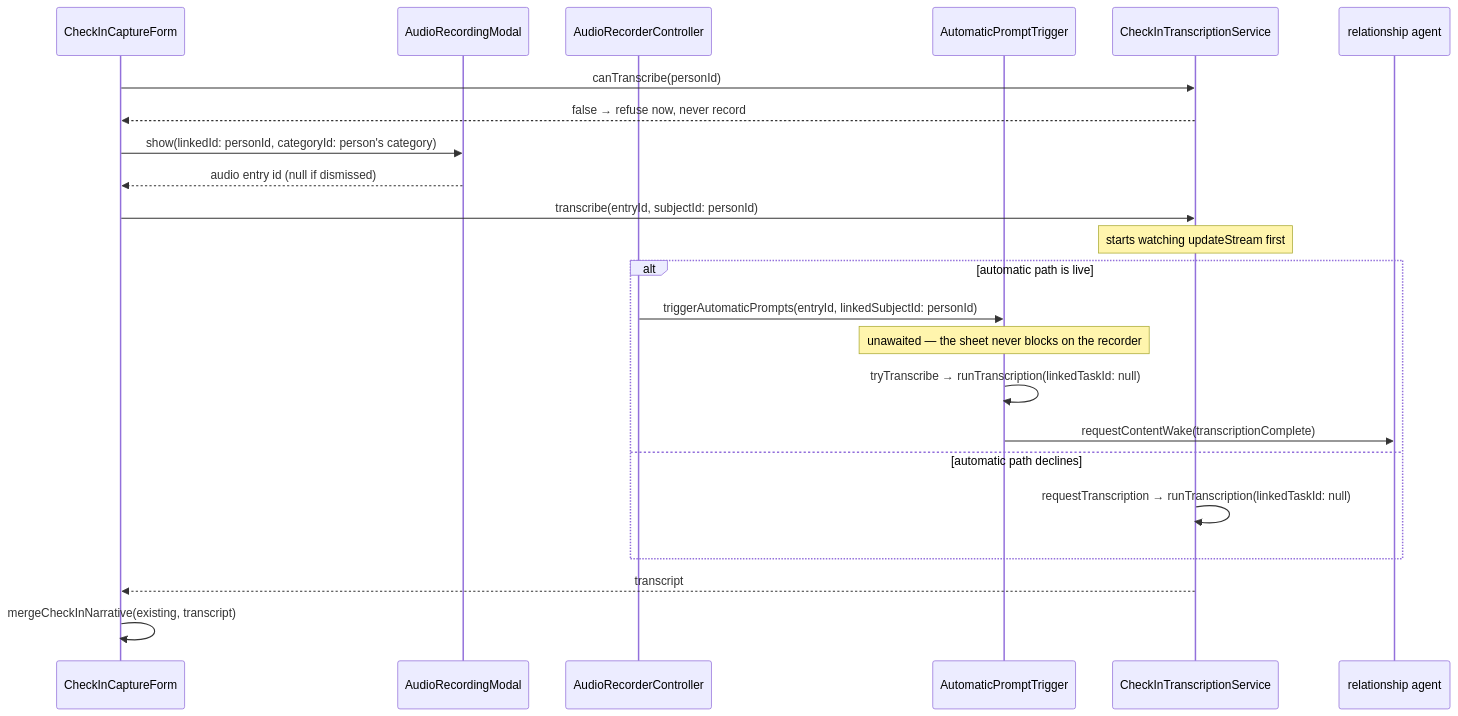
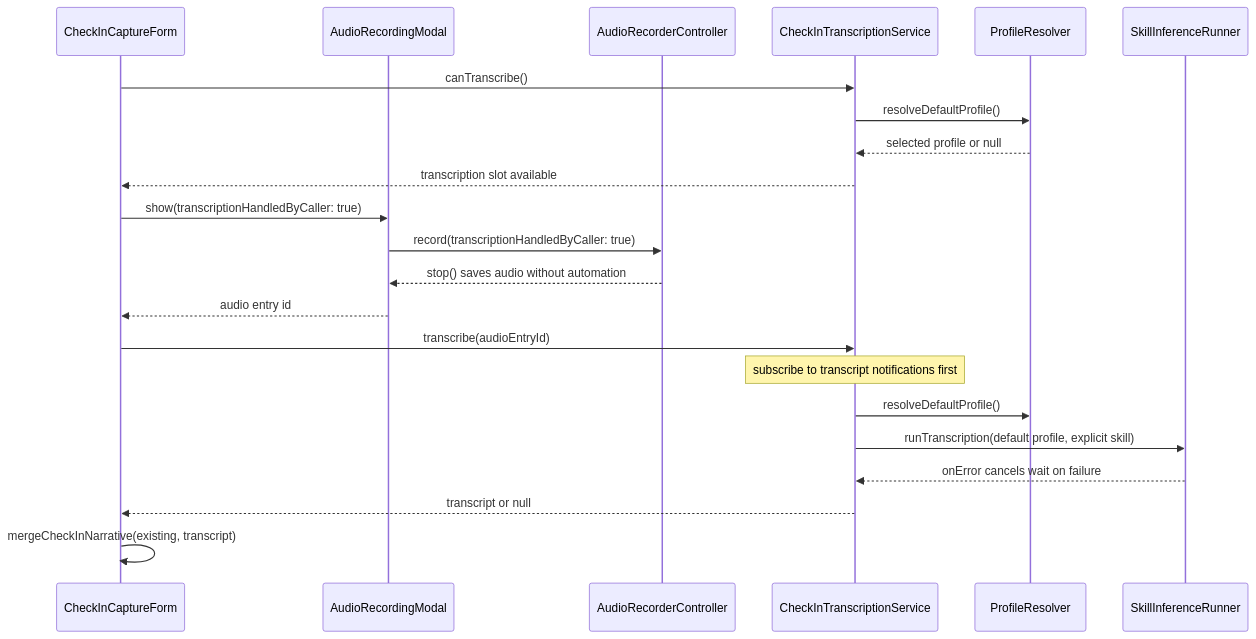
The ninth of 11 diagrams in knowledge/features/relationships.md (matthiasn/lotti), drawn with Mermaid before and after one commit. The commit also changed other lines of this file and 40 other files, not shown here.

Commit message:
fix: use only the default profile for spoken check-ins

````diff
--- a/knowledge/features/relationships.md
+++ b/knowledge/features/relationships.md
@@ -1119,26 +1095,24 @@
 ```mermaid
 sequenceDiagram
   participant Sheet as CheckInCaptureForm
   participant Modal as AudioRecordingModal
   participant Rec as AudioRecorderController
-  participant Trig as AutomaticPromptTrigger
   participant Svc as CheckInTranscriptionService
-  participant Agent as relationship agent
-
-  Sheet->>Svc: canTranscribe(personId)
-  Svc-->>Sheet: false → refuse now, never record
-  Sheet->>Modal: show(linkedId: personId, categoryId: person's category)
-  Modal-->>Sheet: audio entry id (null if dismissed)
-  Sheet->>Svc: transcribe(entryId, subjectId: personId)
-  Note over Svc: starts watching updateStream first
-  alt automatic path is live
-    Rec->>Trig: triggerAutomaticPrompts(entryId, linkedSubjectId: personId)
-    Note over Trig: unawaited — the sheet never blocks on the recorder
-    Trig->>Trig: tryTranscribe → runTranscription(linkedTaskId: null)
-    Trig->>Agent: requestContentWake(transcriptionComplete)
-  else automatic path declines
-    Svc->>Svc: requestTranscription → runTranscription(linkedTaskId: null)
-  end
-  Svc-->>Sheet: transcript
+  participant Profile as ProfileResolver
+  participant Runner as SkillInferenceRunner
+  Sheet->>Svc: canTranscribe()
+  Svc->>Profile: resolveDefaultProfile()
+  Profile-->>Svc: selected profile or null
+  Svc-->>Sheet: transcription slot available
+  Sheet->>Modal: show(transcriptionHandledByCaller: true)
+  Modal->>Rec: record(transcriptionHandledByCaller: true)
+  Rec-->>Modal: stop() saves audio without automation
+  Modal-->>Sheet: audio entry id
+  Sheet->>Svc: transcribe(audioEntryId)
+  Note over Svc: subscribe to transcript notifications first
+  Svc->>Profile: resolveDefaultProfile()
+  Svc->>Runner: runTranscription(default profile, explicit skill)
+  Runner-->>Svc: onError cancels wait on failure
+  Svc-->>Sheet: transcript or null
   Sheet->>Sheet: mergeCheckInNarrative(existing, transcript)
 ```
````
